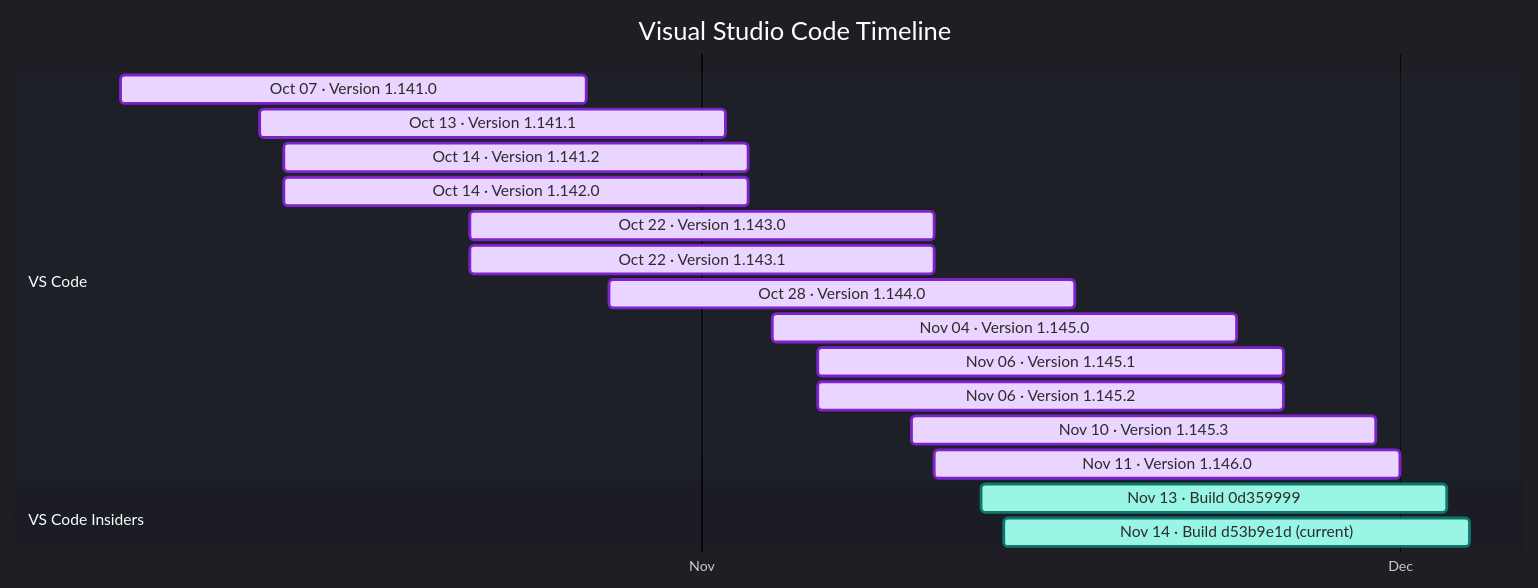
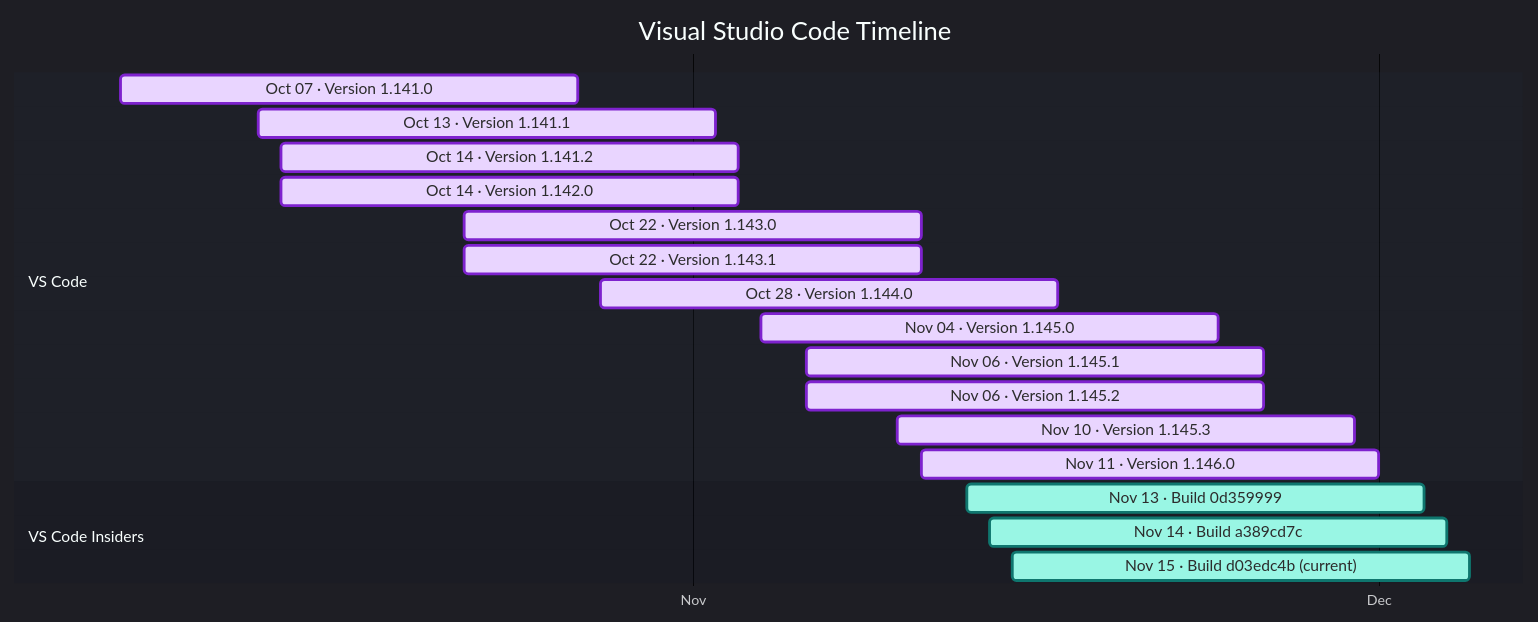
The diagram in docs/vscode.md (Oxelya-DevTools/VisualStudioUpdate), drawn with Mermaid before and after one commit. The commit also changed other lines of this file and 1 other file, not shown here.

````diff
--- a/docs/vscode.md
+++ b/docs/vscode.md
@@ -9,24 +9,25 @@
 ```mermaid
 %%{init: {'theme':'dark','themeVariables': { 'fontFamily': 'Segoe UI', 'fontSize': '24px', 'textColor': '#F3F4F6', 'titleTextColor': '#FFFFFF', 'taskTextColor': '#111827', 'taskTextLightColor': '#111827', 'taskTextOutsideColor': '#F3F4F6', 'taskBkgColor': '#BAE6FD', 'taskBorderColor': '#0369A1', 'doneTaskBkgColor': '#E9D5FF', 'doneTaskBorderColor': '#7E22CE', 'activeTaskBkgColor': '#99F6E4', 'activeTaskBorderColor': '#0F766E', 'critTaskBkgColor': '#FED7AA', 'critTaskBorderColor': '#C2410C', 'sectionBkgColor': '#1F2937', 'altSectionBkgColor': '#111827', 'gridColor': '#4B5563', 'todayLineColor': '#F87171' }}}%%
 gantt
     title Visual Studio Code Timeline
     dateFormat  YYYY-MM-DD
     axisFormat  %b
     tickInterval 1month
     section VS Code
     Oct 07 · Version 1.141.0 : done, vscode202610070, 2026-10-07, 20d
     Oct 13 · Version 1.141.1 : done, vscode202610131, 2026-10-13, 20d
     Oct 14 · Version 1.141.2 : done, vscode202610142, 2026-10-14, 20d
     Oct 14 · Version 1.142.0 : done, vscode202610143, 2026-10-14, 20d
     Oct 22 · Version 1.143.0 : done, vscode202610224, 2026-10-22, 20d
     Oct 22 · Version 1.143.1 : done, vscode202610225, 2026-10-22, 20d
     Oct 28 · Version 1.144.0 : done, vscode202610286, 2026-10-28, 20d
     Nov 04 · Version 1.145.0 : done, vscode202611047, 2026-11-04, 20d
     Nov 06 · Version 1.145.1 : done, vscode202611068, 2026-11-06, 20d
     Nov 06 · Version 1.145.2 : done, vscode202611069, 2026-11-06, 20d
     Nov 10 · Version 1.145.3 : done, vscode2026111010, 2026-11-10, 20d
     Nov 11 · Version 1.146.0 : done, vscode2026111111, 2026-11-11, 20d
     section VS Code Insiders
     Nov 13 · Build 0d359999 : active, vscodeinsiders202611130, 2026-11-13, 20d
-    Nov 14 · Build d53b9e1d (current) : active, vscodeinsiders202611141, 2026-11-14, 20d
+    Nov 14 · Build a389cd7c : active, vscodeinsiders202611141, 2026-11-14, 20d
+    Nov 15 · Build d03edc4b (current) : active, vscodeinsiders202611152, 2026-11-15, 20d
 ```
````
